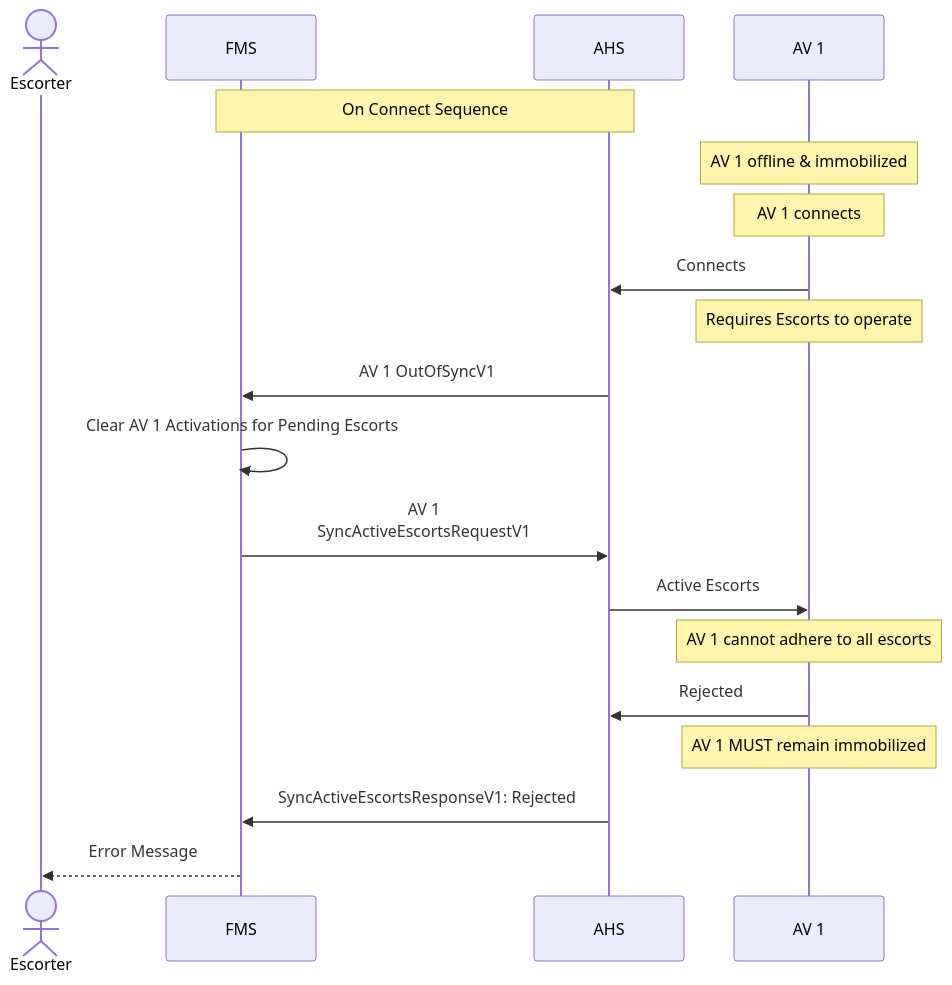
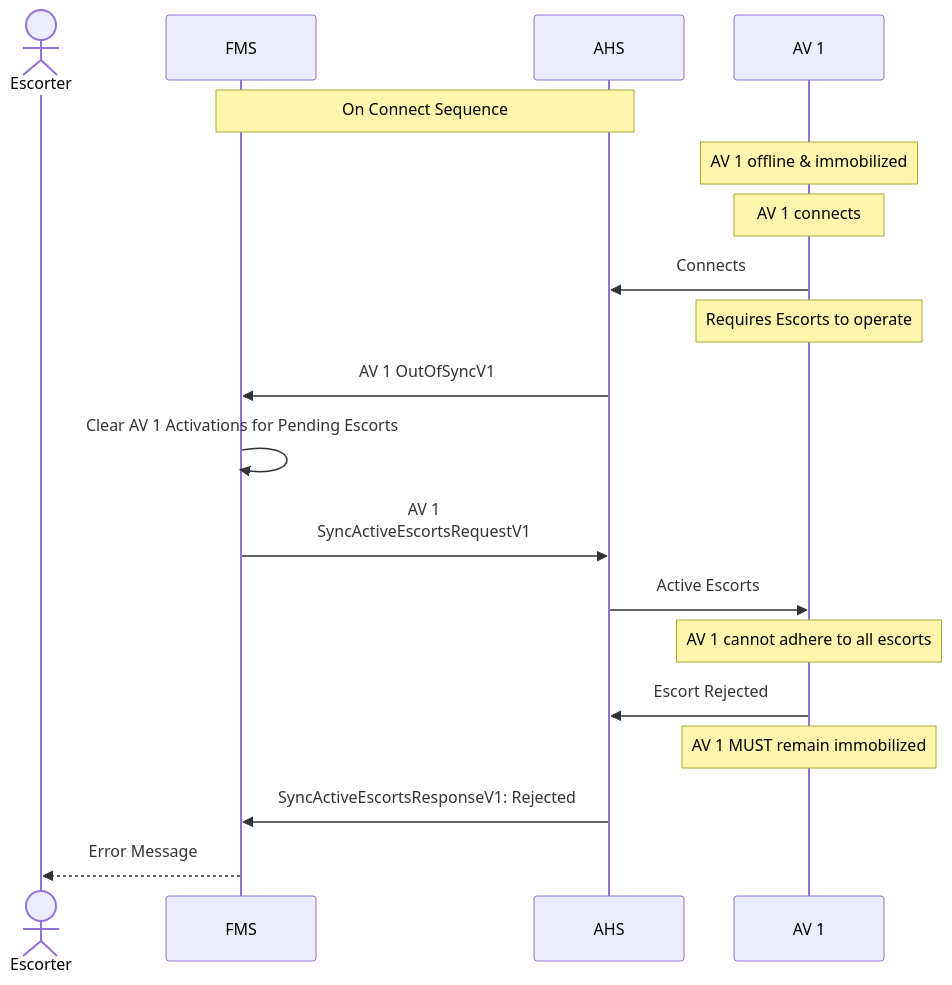
Before and after one commit to open-autonomy/escort: the third of 3 diagrams in diagram/Synchronization.md, drawn with Mermaid. The commit also changed other lines of this file, not shown here.

Commit message:
Unify generic AHS-AV communication

````diff
--- a/diagram/Synchronization.md
+++ b/diagram/Synchronization.md
@@ -113,32 +113,32 @@
 ```mermaid
 sequenceDiagram
     actor Escorter
     participant FMS
     participant AHS
     participant AV 1
 
     Note over FMS,AHS: On Connect Sequence
 
     Note over AV 1: AV 1 offline & immobilized
 
     Note Over AV 1: AV 1 connects
 
     AV 1->>AHS: Connects
     Note Over AV 1: Requires Escorts to operate
 
     AHS->>FMS: AV 1 OutOfSyncV1
     FMS->>FMS: Clear AV 1 Activations for Pending Escorts
 
     FMS->>AHS: AV 1 <br/> SyncActiveEscortsRequestV1
     AHS->>AV 1: Active Escorts
     Note Over AV 1: AV 1 cannot adhere to all escorts
 
-    AV 1->>AHS: Rejected
+    AV 1->>AHS: Escort Rejected
 
     Note Over AV 1: AV 1 MUST remain immobilized
 
     AHS->>FMS: SyncActiveEscortsResponseV1: Rejected
 
     FMS-->>Escorter: Error Message
 
 ```
````
